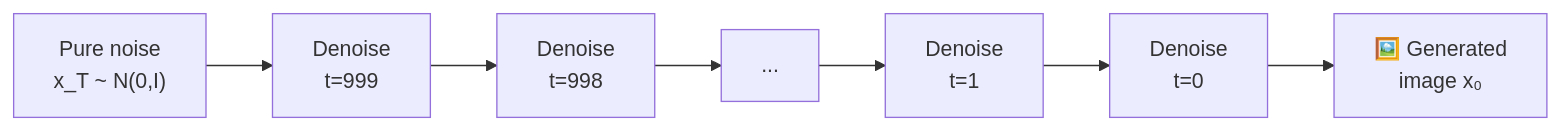
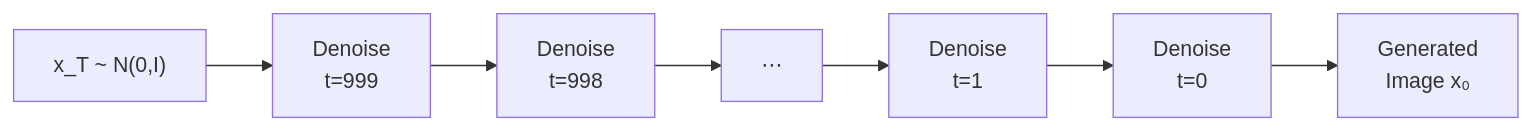
Before and after one commit to nisbenz/DiT-from-Scratch: the third of 3 diagrams in README.MD, drawn with Mermaid. The commit also changed other lines of this file and 3 other files, not shown here.

Commit message:
docs: update README with concise overview, result images, and flowcharts; add .gitignore for model weights.

````diff
--- a/README.MD
+++ b/README.MD
@@ -174,9 +100,9 @@
 ```mermaid
 flowchart LR
-    NOISE["Pure noise\nx_T ~ N(0,I)"] --> D1["Denoise\nt=999"]
+    N["x_T ~ N(0,I)"] --> D1["Denoise\nt=999"]
     D1 --> D2["Denoise\nt=998"]
-    D2 --> DOTS["..."]
+    D2 --> DOTS["⋯"]
     DOTS --> D3["Denoise\nt=1"]
     D3 --> D4["Denoise\nt=0"]
-    D4 --> IMG["🖼️ Generated\nimage x₀"]
+    D4 --> IMG[" Generated\nImage x₀"]
 ```
````
